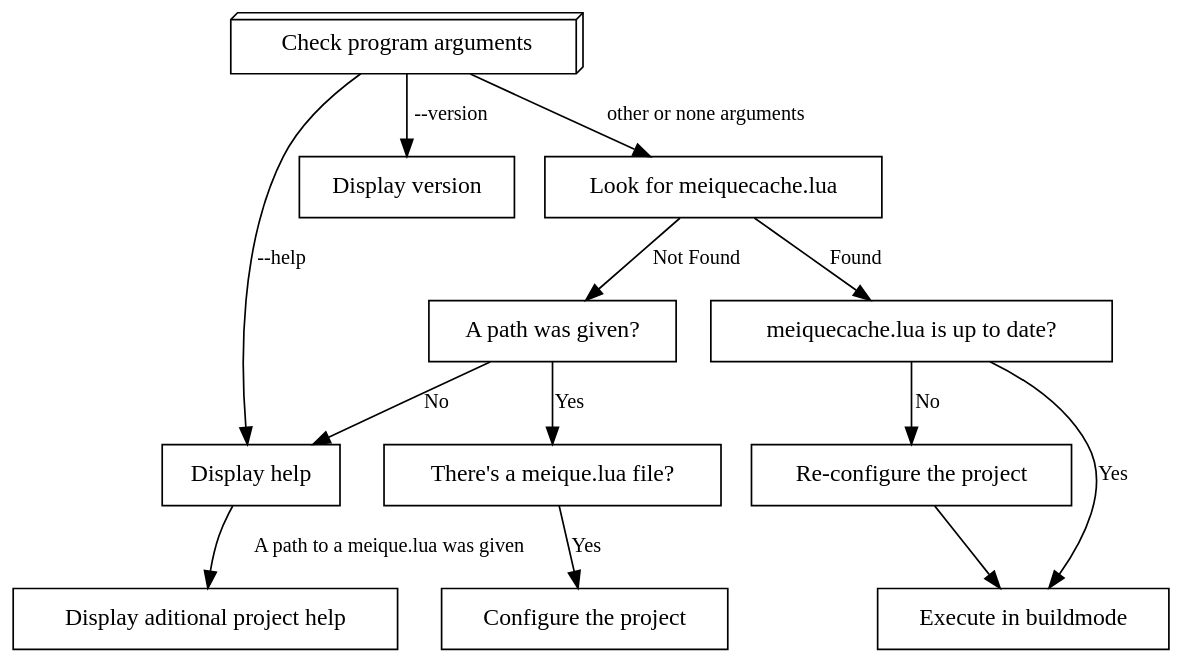
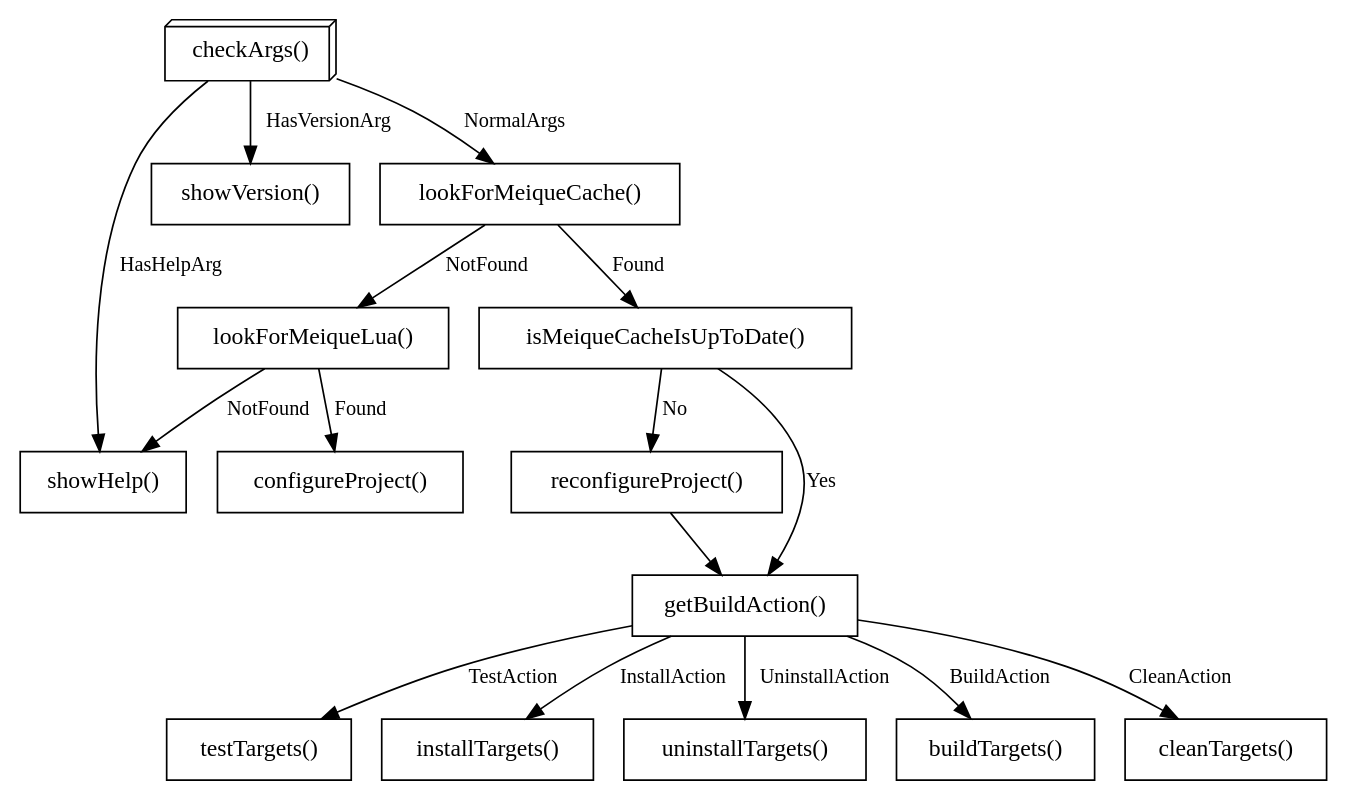
Before and after one commit to hugopl/Meique: the diagram in meiqueflow.dot, drawn with Graphviz. The commit also changed 17 other files, not shown here.

```diff
--- a/meiqueflow.dot
+++ b/meiqueflow.dot
@@ -1,20 +1,23 @@
 digraph G {
-graph [bgcolor=transparent]
 edge [fontsize=12]
 node [shape=box]
 
-"Check program arguments" [shape=box3d]
+"checkArgs()" [shape=box3d]
 
-"Check program arguments" -> "Display help" [label="--help"]
-"Check program arguments" -> "Display version" [label="--version"]
-"Check program arguments" -> "Look for meiquecache.lua" [label="other or none arguments"]
-"Look for meiquecache.lua" -> "meiquecache.lua is up to date?" [label="Found"]
-"Look for meiquecache.lua" -> "A path was given?" [label="Not Found"]
-"A path was given?" -> "There's a meique.lua file?" [label=Yes]
-"There's a meique.lua file?" -> "Configure the project" [label=Yes]
-"A path was given?" -> "Display help" [label=No]
-"meiquecache.lua is up to date?" -> "Execute in buildmode" [label="Yes"]
-"meiquecache.lua is up to date?" -> "Re-configure the project" [label="No"]
-"Re-configure the project" -> "Execute in buildmode"
-"Display help" -> "Display aditional project help" [label="A path to a meique.lua was given"]
+"checkArgs()" -> "showHelp()" [label="HasHelpArg"]
+"checkArgs()" -> "showVersion()" [label="HasVersionArg"]
+"checkArgs()" -> "lookForMeiqueCache()" [label="NormalArgs"]
+"lookForMeiqueCache()" -> "isMeiqueCacheIsUpToDate()" [label="Found"]
+"lookForMeiqueCache()" -> "lookForMeiqueLua()" [label="NotFound"]
+"lookForMeiqueLua()" -> "configureProject()" [label=Found]
+"lookForMeiqueLua()" -> "showHelp()" [label=NotFound]
+"isMeiqueCacheIsUpToDate()" -> "getBuildAction()" [label="Yes"]
+"isMeiqueCacheIsUpToDate()" -> "reconfigureProject()" [label="No"]
+"reconfigureProject()" -> "getBuildAction()"
+"getBuildAction()" -> "testTargets()" [label=TestAction]
+"getBuildAction()" -> "installTargets()" [label=InstallAction]
+"getBuildAction()" -> "uninstallTargets()" [label=UninstallAction]
+"getBuildAction()" -> "buildTargets()" [label=BuildAction]
+"getBuildAction()" -> "cleanTargets()" [label=CleanAction]
+
 }
```
